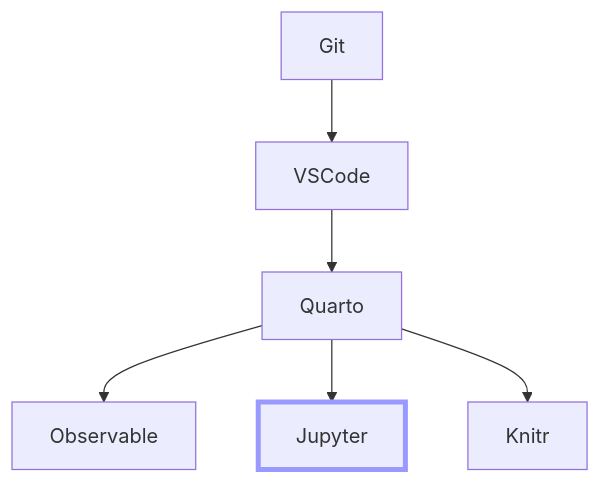
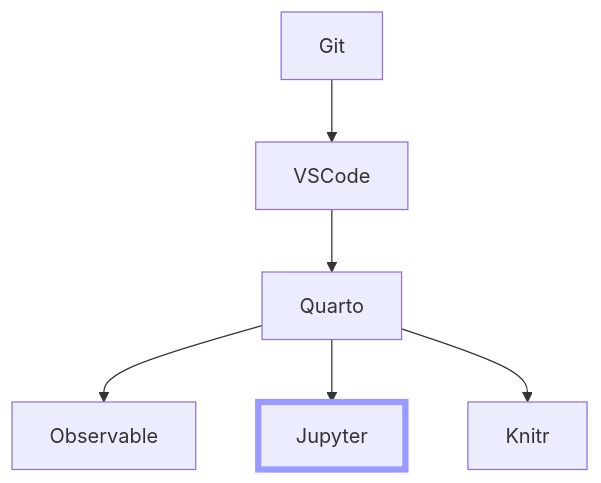
The diagram in blog/jupyter/jupyter.qmd (maptv/maptv.github.io), drawn with Mermaid before and after one commit. The commit also changed 5 other files, not shown here.

````diff
--- a/blog/jupyter/jupyter.qmd
+++ b/blog/jupyter/jupyter.qmd
@@ -24,17 +24,17 @@
 ```{mermaid}
 %%| column: margin
 %%| label: fig-navchart
 %%| fig-cap: Tools series navigation chart
 flowchart TB
    A[Git]-->B[VSCode]-->C[Quarto]
    C-->D[Observable]
    C-->E[Jupyter]
    C-->F[Knitr]
    click A "../git"
    click B "../vscode"
    click C "../quarto"
    click D "../observable"
    click E "../jupyter"
    click F "../knitr"
-   style E stroke:#99f,stroke-width:4px
+   style E stroke:#99f,stroke-width:5px
 ```
````
